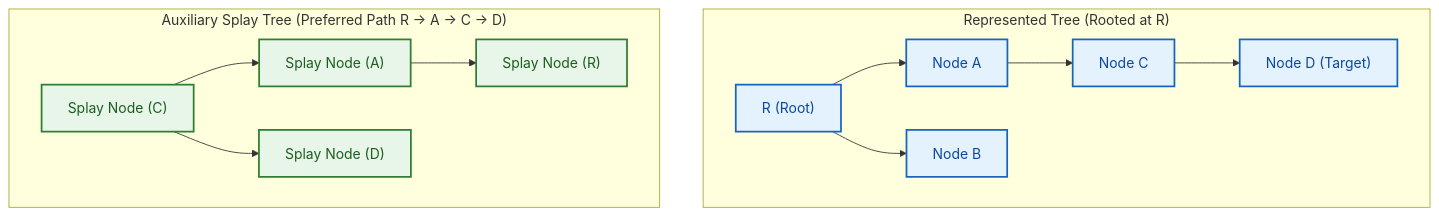
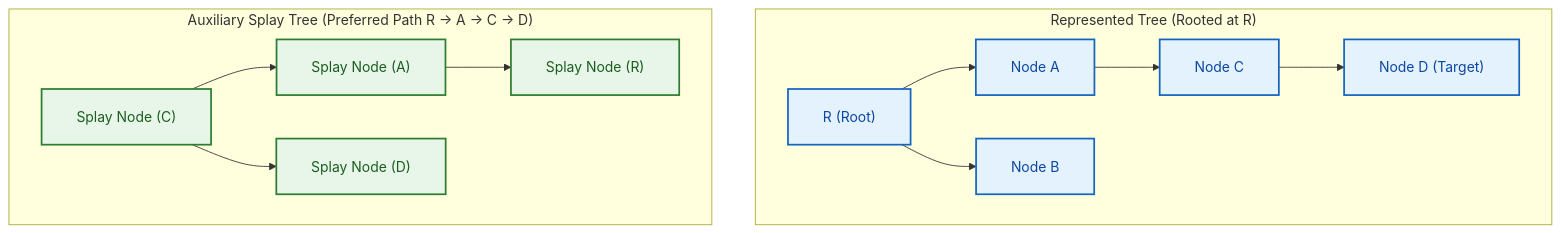
The diagram in week_16_advanced_data_structures/Week_16_Visual_Concepts_Playbook_HYBRID.md (dip4k/DSA_102), drawn with Mermaid before and after one commit. The commit also changed 108 other files, not shown here.

First line of the commit message:
fix(mermaid): resolve diagram clipping, padding, and syntax issues across repo

````diff
--- a/week_16_advanced_data_structures/Week_16_Visual_Concepts_Playbook_HYBRID.md
+++ b/week_16_advanced_data_structures/Week_16_Visual_Concepts_Playbook_HYBRID.md
@@ -99,29 +99,30 @@
 ```mermaid
+%%{init: {"flowchart": {"htmlLabels": true, "padding": 20}}}%%
 flowchart TD
     classDef rep fill:#e3f2fd,stroke:#1565c0,stroke-width:2px,color:#0d47a1
     classDef path fill:#e8f5e9,stroke:#2e7d32,stroke-width:2px,color:#1b5e20
 
     subgraph UserTree["Represented Tree (Rooted at R)"]
         R["R (Root)"]:::rep
         A["Node A"]:::rep
         B["Node B"]:::rep
         C["Node C"]:::rep
         D["Node D (Target)"]:::rep
 
         R --> A
         R --> B
         A --> C
         C --> D
     end
 
     subgraph AuxiliaryTree["Auxiliary Splay Tree (Preferred Path R -> A -> C -> D)"]
         AC["Splay Node (C)"]:::path
         AA["Splay Node (A)"]:::path
         AR["Splay Node (R)"]:::path
         AD["Splay Node (D)"]:::path
 
         AC --> AA
         AC --> AD
         AA --> AR
     end
 ```
````
